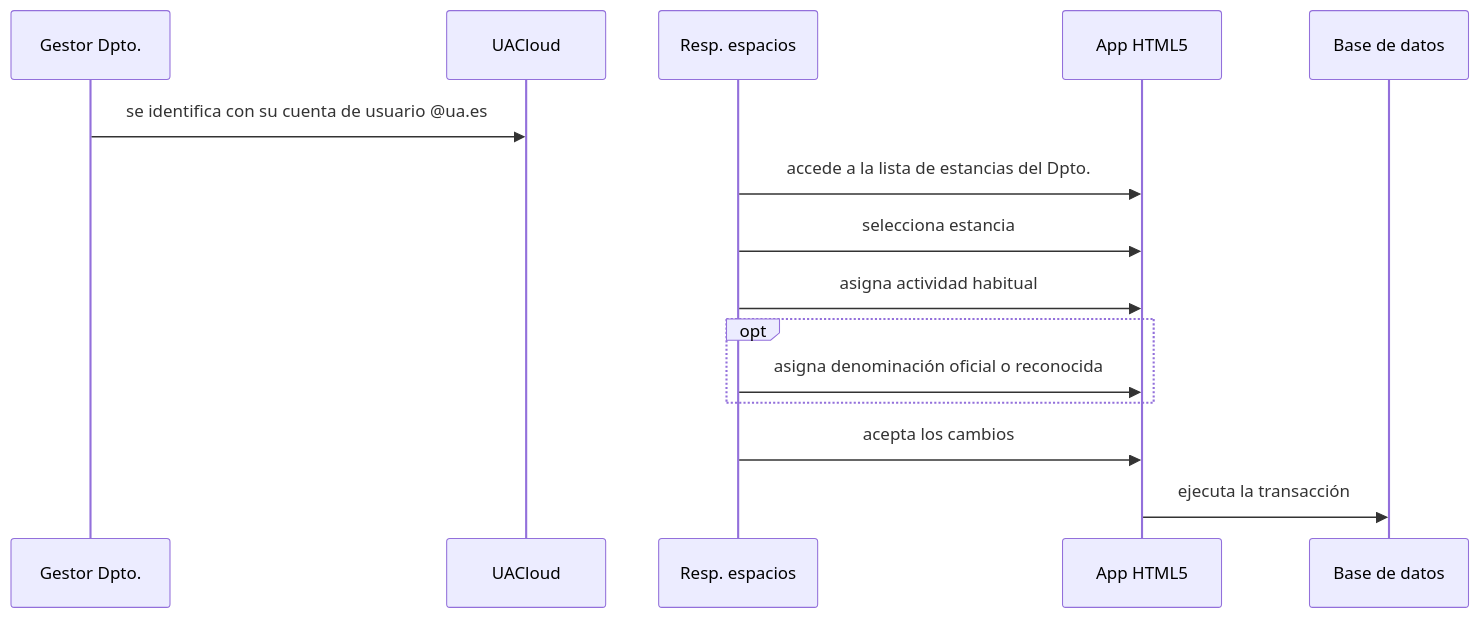
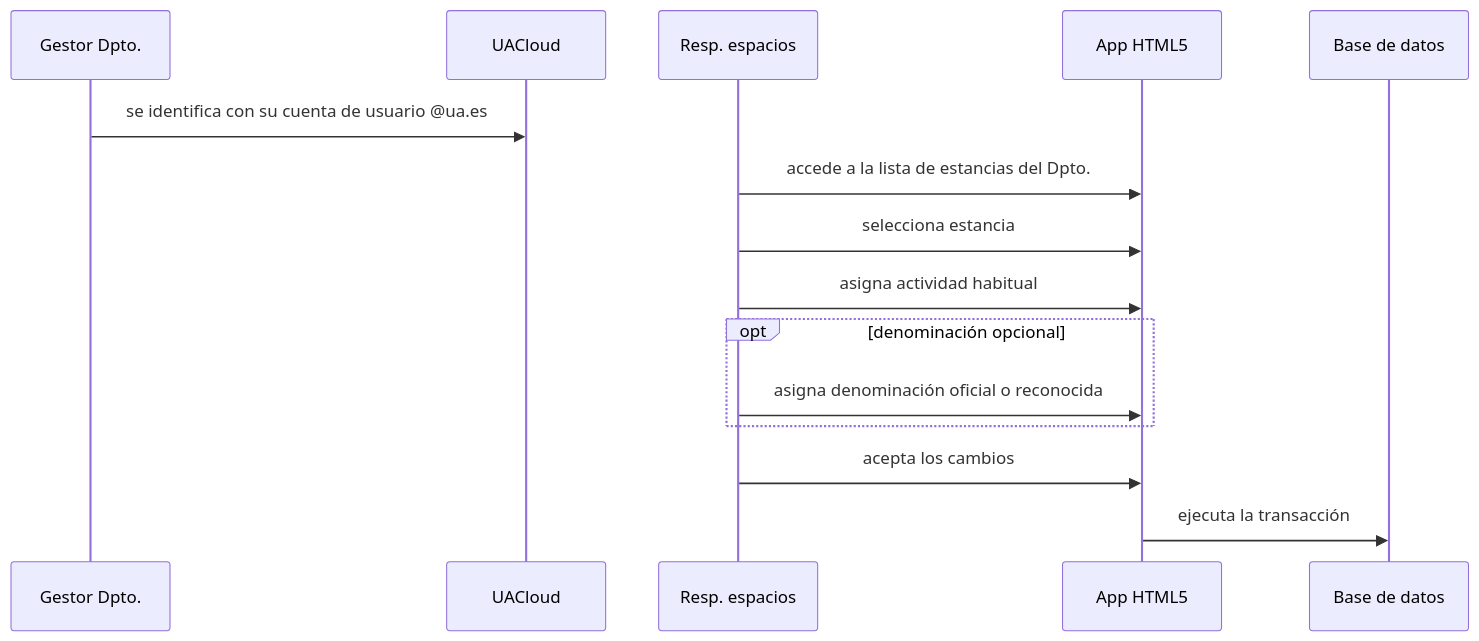
The diagram in ds03.md (labgeo/ua-mods), drawn with Mermaid before and after one commit.

```diff
--- a/ds03.md
+++ b/ds03.md
@@ -5,12 +5,12 @@
 {% mermaid %}
 sequenceDiagram;
   Gestor Dpto.->>UACloud: se identifica con su cuenta de usuario @ua.es;
   Resp. espacios->>App HTML5: accede a la lista de estancias del Dpto.;
   Resp. espacios->>App HTML5: selecciona estancia;
   Resp. espacios->>App HTML5: asigna actividad habitual;
-  opt
+  opt denominación opcional
     Resp. espacios->>App HTML5: asigna denominación oficial o reconocida;
   end;
   Resp. espacios->>App HTML5: acepta los cambios;
   App HTML5->>Base de datos: ejecuta la transacción;
 {% endmermaid %}
```
